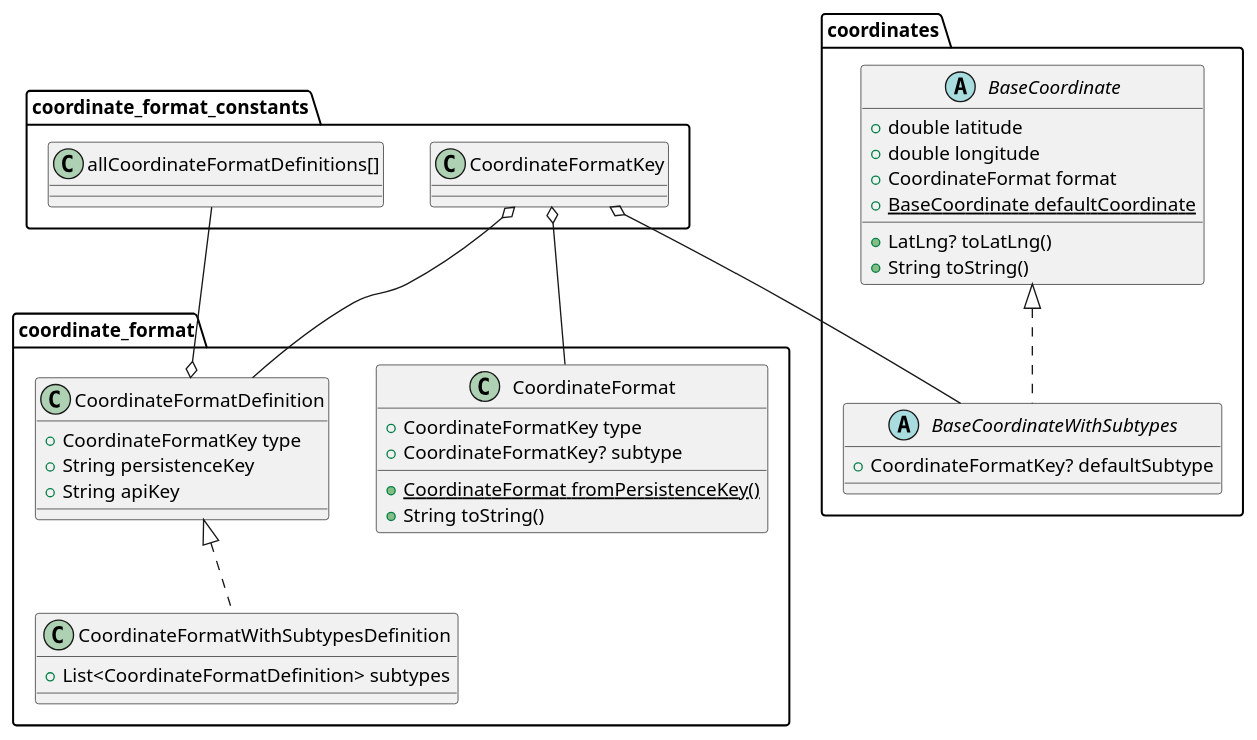
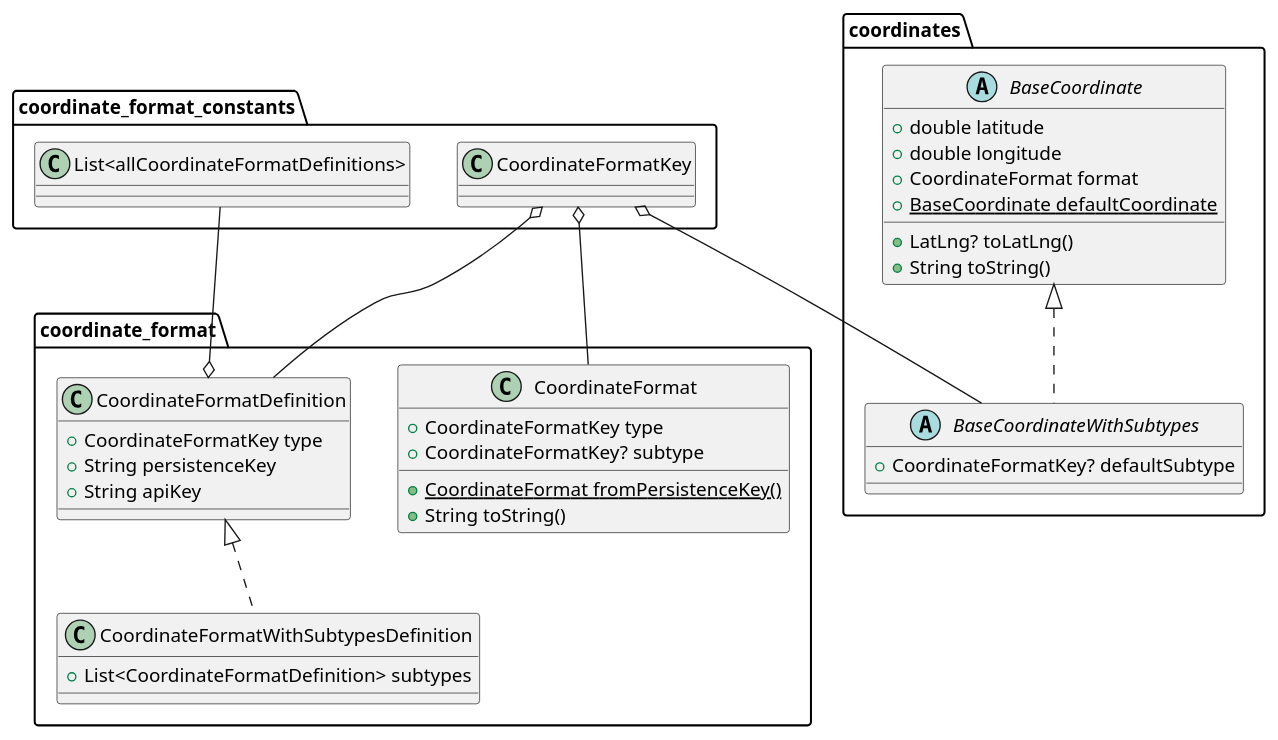
Before and after one commit to S-Man42/GCWizard: the diagram in lib/tools/coords/_common/logic/coordinates.puml, drawn with PlantUML. The commit also changed 1 other file, not shown here.

```diff
--- a/lib/tools/coords/_common/logic/coordinates.puml
+++ b/lib/tools/coords/_common/logic/coordinates.puml
@@ -1,45 +1,45 @@
 @startuml
 'https://plantuml.com/sequence-diagram
 
 class "coordinate_format.CoordinateFormat" {
   +CoordinateFormatKey type
   +CoordinateFormatKey? subtype
   {static} +CoordinateFormat fromPersistenceKey()
   +String toString()
 }
 
 class "coordinate_format.CoordinateFormatDefinition" {
   +CoordinateFormatKey type
   +String persistenceKey
   +String apiKey
 }
 
 class "coordinate_format.CoordinateFormatWithSubtypesDefinition" {
   +List<CoordinateFormatDefinition> subtypes
 }
 "coordinate_format.CoordinateFormatDefinition" <|.. "coordinate_format.CoordinateFormatWithSubtypesDefinition"
 
 
 abstract class "coordinates.BaseCoordinate" {
   +double latitude
   +double longitude
   +CoordinateFormat format
   {static} +BaseCoordinate defaultCoordinate
   +LatLng? toLatLng()
   +String toString()
 }
 
 abstract class "coordinates.BaseCoordinateWithSubtypes" {
   +CoordinateFormatKey? defaultSubtype
 }
 "coordinates.BaseCoordinate" <|.. "coordinates.BaseCoordinateWithSubtypes"
 
 "coordinate_format_constants.CoordinateFormatKey" o-- "coordinate_format.CoordinateFormat"
 "coordinate_format_constants.CoordinateFormatKey" o-- "coordinate_format.CoordinateFormatDefinition"
 "coordinate_format_constants.CoordinateFormatKey" o-- "coordinates.BaseCoordinateWithSubtypes"
 
-"coordinate_format_constants.allCoordinateFormatDefinitions[]" --o "coordinate_format.CoordinateFormatDefinition"
+"coordinate_format_constants.List<allCoordinateFormatDefinitions>" --o "coordinate_format.CoordinateFormatDefinition"
 
 
 
 @enduml
```
